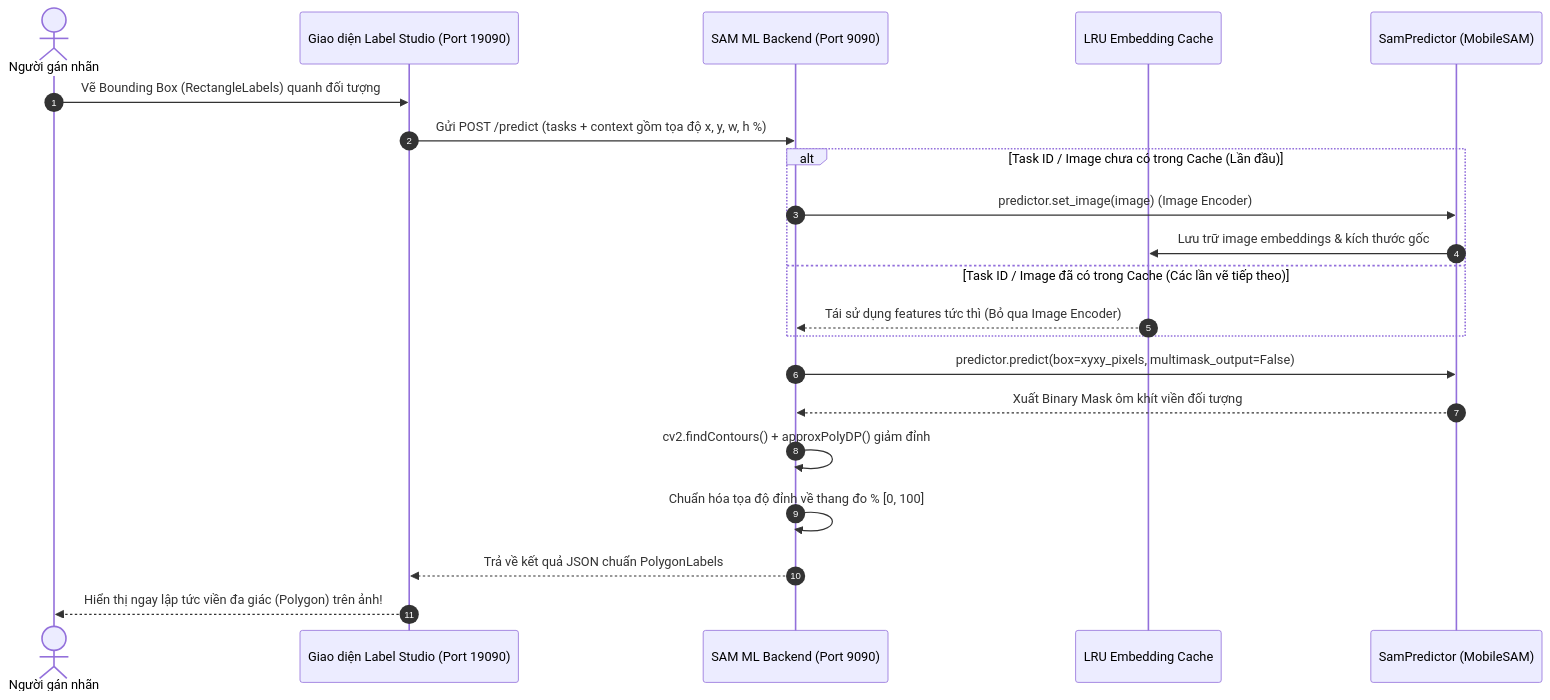
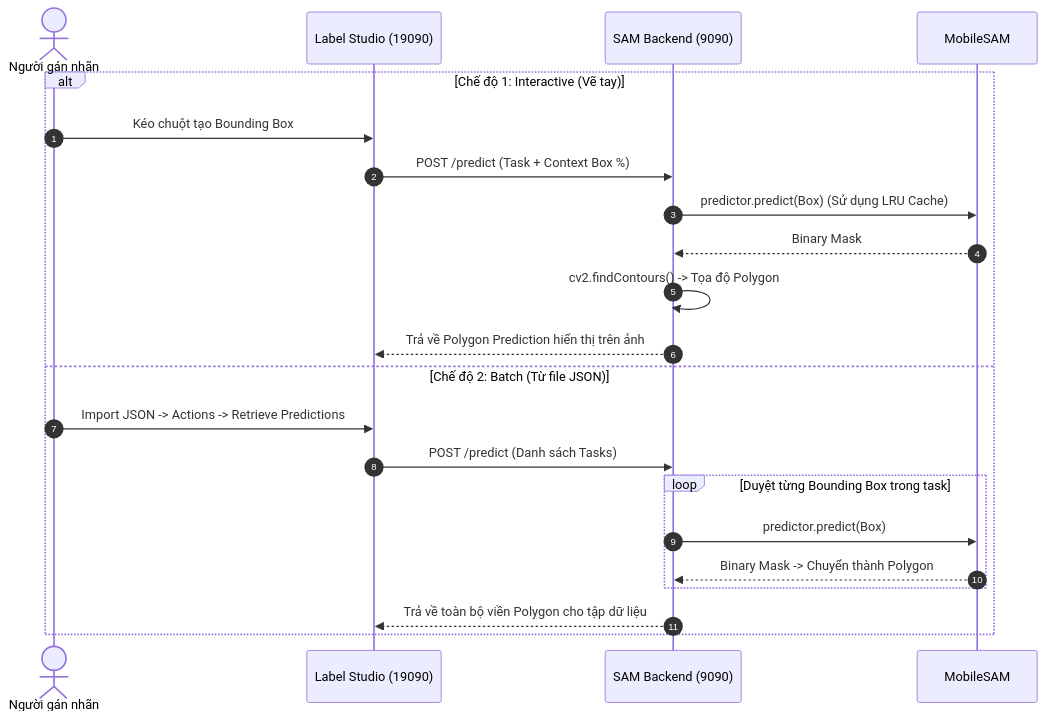
Before and after one commit to thesonproductions/labeling_tool: the diagram in labeling/sam_backend/README.md, drawn with Mermaid. The commit also changed other lines of this file and 2 other files, not shown here.

````diff
--- a/labeling/sam_backend/README.md
+++ b/labeling/sam_backend/README.md
@@ -9,26 +21,25 @@
 ```mermaid
 sequenceDiagram
     autonumber
     actor Annotator as Người gán nhãn
-    participant UI as Giao diện Label Studio (Port 19090)
-    participant ML as SAM ML Backend (Port 9090)
-    participant Cache as LRU Embedding Cache
-    participant SAM as SamPredictor (MobileSAM)
+    participant UI as Label Studio (19090)
+    participant ML as SAM Backend (9090)
+    participant SAM as MobileSAM
 
-    Annotator->>UI: Vẽ Bounding Box (RectangleLabels) quanh đối tượng
-    UI->>ML: Gửi POST /predict (tasks + context gồm tọa độ x, y, w, h %)
-    
-    alt Task ID / Image chưa có trong Cache (Lần đầu)
-        ML->>SAM: predictor.set_image(image) (Image Encoder)
-        SAM->>Cache: Lưu trữ image embeddings & kích thước gốc
-    else Task ID / Image đã có trong Cache (Các lần vẽ tiếp theo)
-        Cache-->>ML: Tái sử dụng features tức thì (Bỏ qua Image Encoder)
+    alt Chế độ 1: Interactive (Vẽ tay)
+        Annotator->>UI: Kéo chuột tạo Bounding Box
+        UI->>ML: POST /predict (Task + Context Box %)
+        ML->>SAM: predictor.predict(Box) (Sử dụng LRU Cache)
+        SAM-->>ML: Binary Mask
+        ML->>ML: cv2.findContours() -> Tọa độ Polygon
+        ML-->>UI: Trả về Polygon Prediction hiển thị trên ảnh
+    else Chế độ 2: Batch (Từ file JSON)
+        Annotator->>UI: Import JSON -> Actions -> Retrieve Predictions
+        UI->>ML: POST /predict (Danh sách Tasks)
+        loop Duyệt từng Bounding Box trong task
+            ML->>SAM: predictor.predict(Box)
+            SAM-->>ML: Binary Mask -> Chuyển thành Polygon
+        end
+        ML-->>UI: Trả về toàn bộ viền Polygon cho tập dữ liệu
     end
-
-    ML->>SAM: predictor.predict(box=xyxy_pixels, multimask_output=False)
-    SAM-->>ML: Xuất Binary Mask ôm khít viền đối tượng
-    ML->>ML: cv2.findContours() + approxPolyDP() giảm đỉnh
-    ML->>ML: Chuẩn hóa tọa độ đỉnh về thang đo % [0, 100]
-    ML-->>UI: Trả về kết quả JSON chuẩn PolygonLabels
-    UI-->>Annotator: Hiển thị ngay lập tức viền đa giác (Polygon) trên ảnh!
 ```
````
